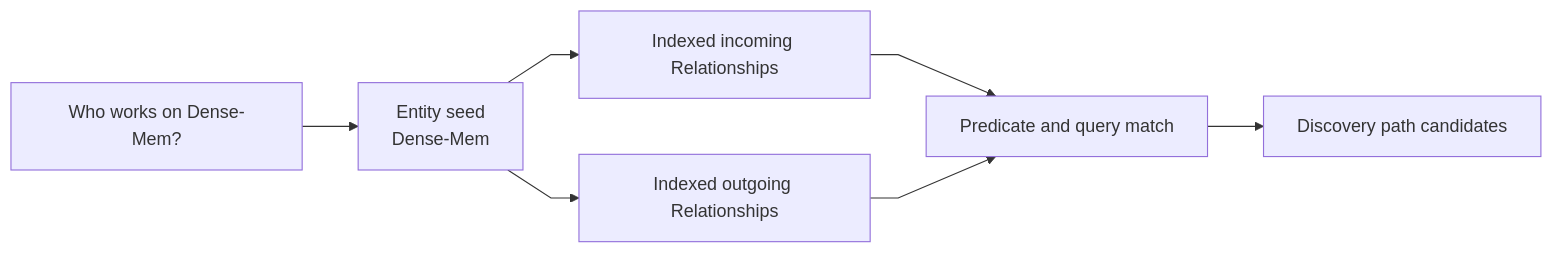
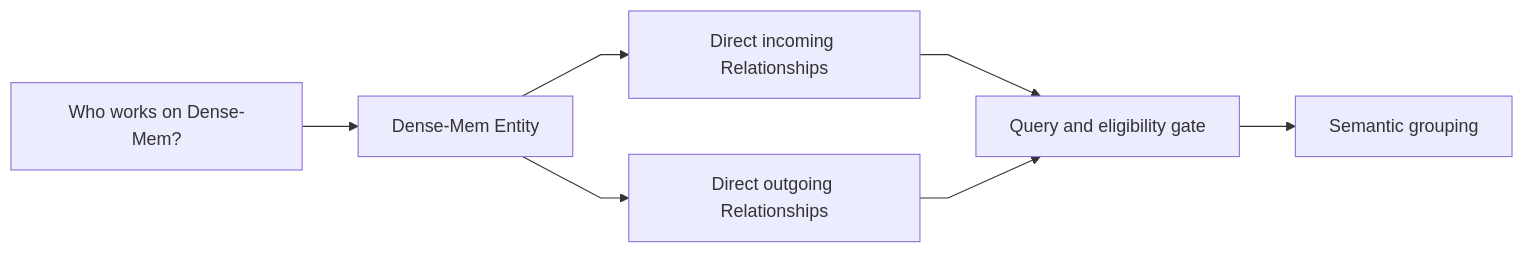
The third of 4 diagrams in Recall-Ranking.md (markhuangai/dense-mem), drawn with Mermaid before and after one commit. The commit also changed other lines of this file and 27 other files, not shown here.

Commit message:
Document tier-free Relationship architecture

````diff
--- a/Recall-Ranking.md
+++ b/Recall-Ranking.md
@@ -203,10 +189,10 @@
 ```mermaid
 %%{init: {"flowchart": {"curve": "linear"}}}%%
 flowchart LR
-  Query["Who works on Dense-Mem?"] --> Seed["Entity seed<br/>Dense-Mem"]
-  Seed --> Incoming["Indexed incoming Relationships"]
-  Seed --> Outgoing["Indexed outgoing Relationships"]
-  Incoming --> Match["Predicate and query match"]
-  Outgoing --> Match
-  Match --> Results["Discovery path candidates"]
+  Query["Who works on Dense-Mem?"] --> Seed["Dense-Mem Entity"]
+  Seed --> Incoming["Direct incoming Relationships"]
+  Seed --> Outgoing["Direct outgoing Relationships"]
+  Incoming --> Gate["Query and eligibility gate"]
+  Outgoing --> Gate
+  Gate --> Group["Semantic grouping"]
 ```
````
